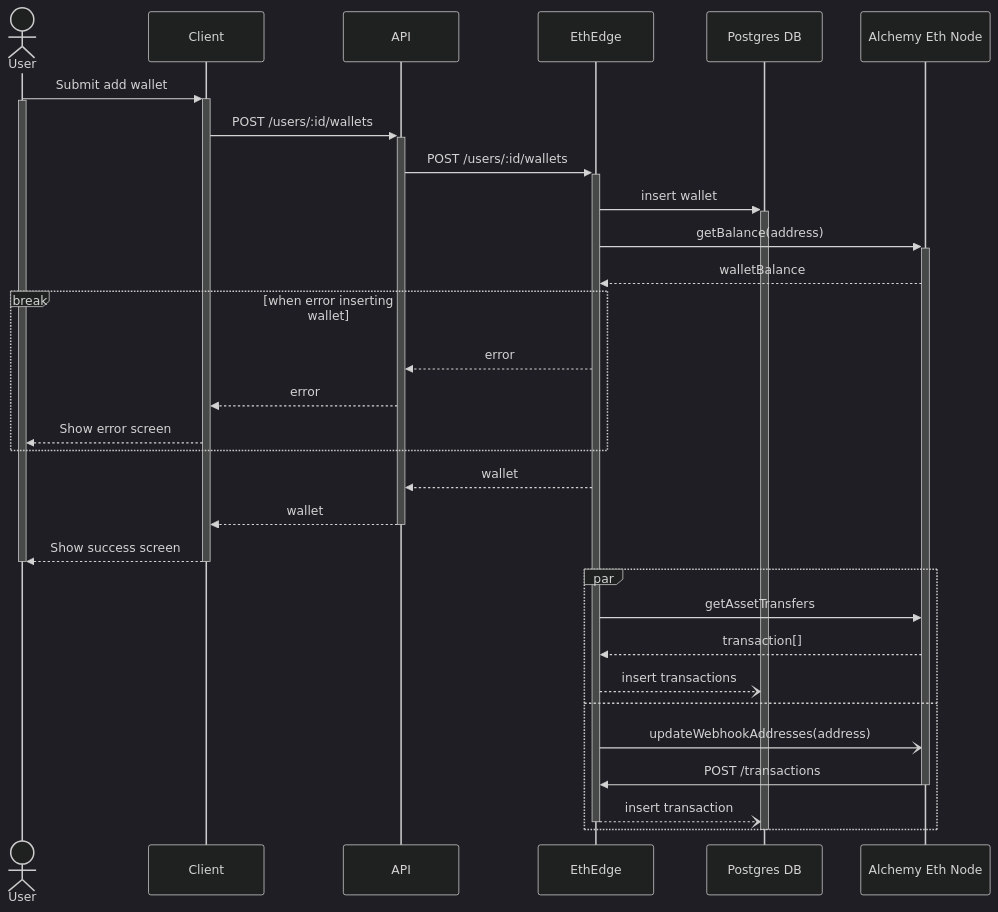
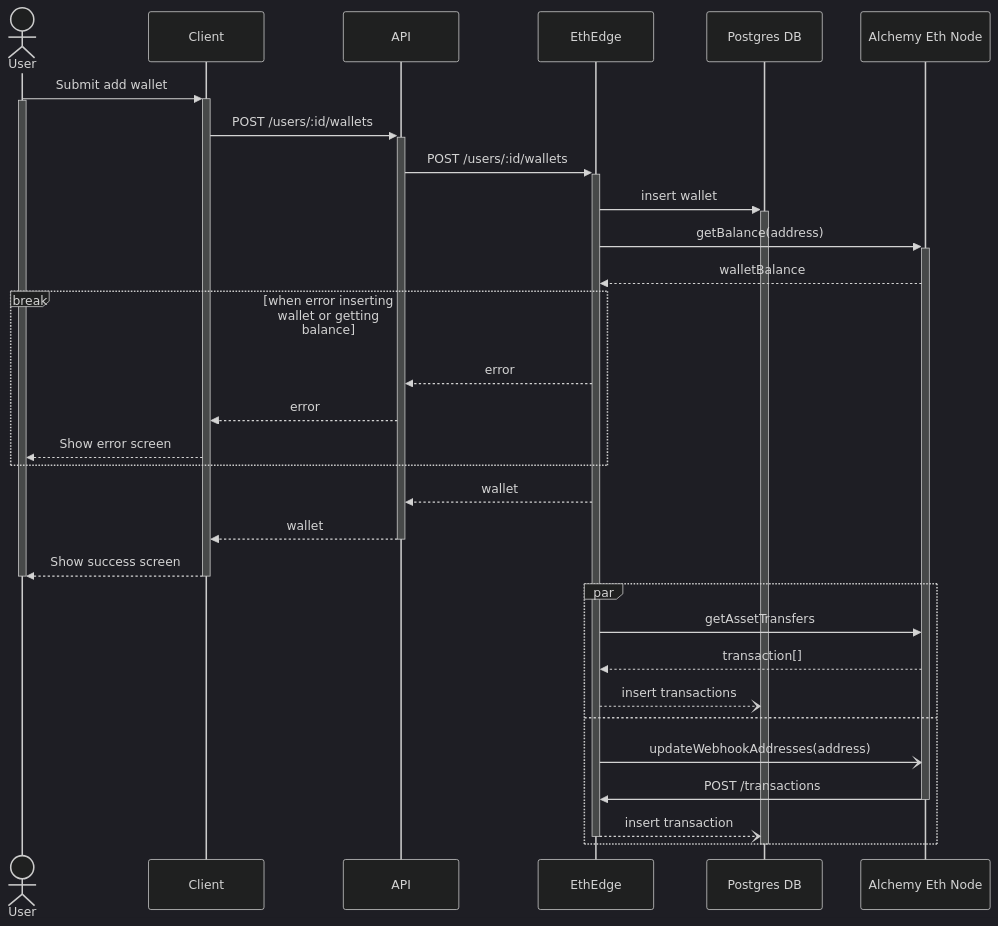
Before and after one commit to SOEN-490-Capstone/Cryptify: the diagram in packages/diagrams/sequence_add_wallet.md, drawn with Mermaid (dark theme). The commit also changed 2 other files, not shown here.

Commit message:
Update break on error message

````diff
--- a/packages/diagrams/sequence_add_wallet.md
+++ b/packages/diagrams/sequence_add_wallet.md
@@ -1,41 +1,41 @@
 ```mermaid
 sequenceDiagram
     actor User
     participant Client
     participant API
     participant EthEdge
     participant Postgres DB
     participant Alchemy Eth Node
     
     User->>+Client: Submit add wallet
     activate User
     Client->>+API: POST /users/:id/wallets
     API->>+EthEdge: POST /users/:id/wallets
     EthEdge->>+Postgres DB: insert wallet
     
     EthEdge->>+Alchemy Eth Node: getBalance(address)
     Alchemy Eth Node-->>EthEdge: walletBalance
     
-    break when error inserting wallet
+    break when error inserting wallet or getting balance
         EthEdge-->>API: error
         API-->>Client: error
         Client-->>User: Show error screen
     end
     
     EthEdge-->>API: wallet
     API-->>-Client: wallet
     Client-->>-User: Show success screen
     deactivate User
     
     par
         EthEdge->>Alchemy Eth Node: getAssetTransfers
         Alchemy Eth Node-->>EthEdge: transaction[]
         EthEdge--)Postgres DB: insert transactions
     and
         EthEdge-)Alchemy Eth Node: updateWebhookAddresses(address)
         Alchemy Eth Node->>-EthEdge: POST /transactions
         EthEdge--)-Postgres DB: insert transaction
     end
     
     deactivate Postgres DB
 ```
````
